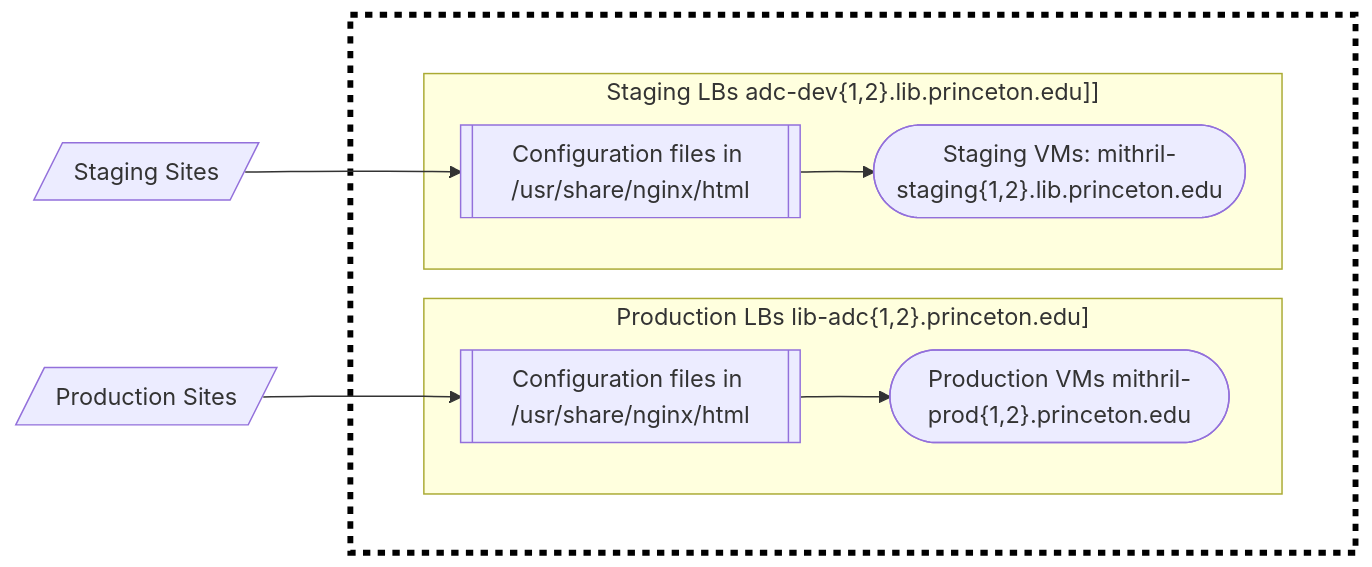
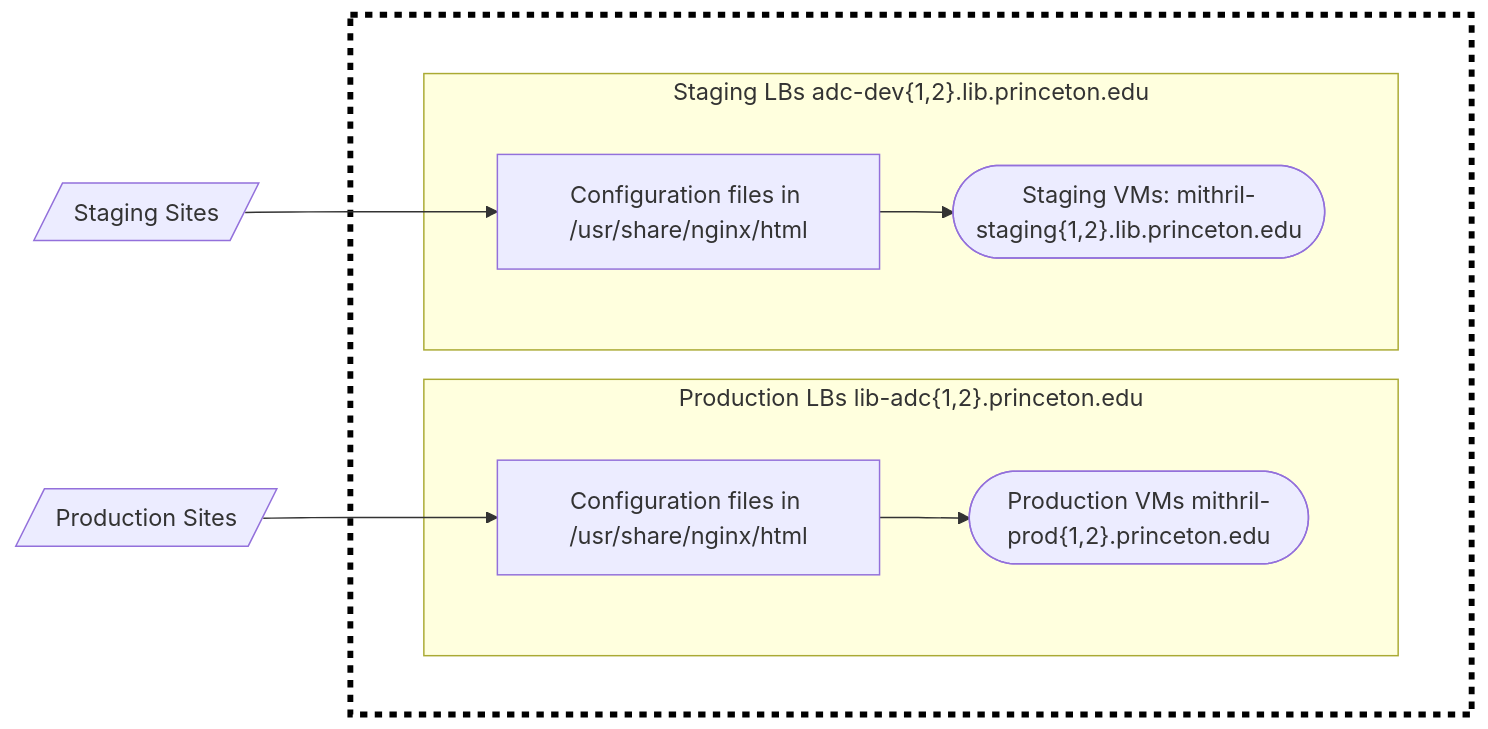
Before and after one commit to pulibrary/pul-it-handbook: the diagram in services/private_network.md, drawn with Mermaid.

Commit message:
Carolyn and the whole crew helped get mermaid working

````diff
--- a/services/private_network.md
+++ b/services/private_network.md
@@ -102,24 +102,28 @@
 ```mermaid
   graph LR;
       S31[/"Production Sites"/]-->SG1
       S33[/"Staging Sites"/]-->SG3
       subgraph project [" "]
       subgraph project_space [" "]
       style project fill:#fff,stroke:#000,stroke-width:4px,color:#000,stroke-dasharray: 5 5
       style project_space fill:#fff,stroke:#000,stroke-width:0px
 
-            subgraph "Production LBs lib-adc{1,2}.princeton.edu]"
-               SG1[["Configuration files in /usr/share/nginx/html"]]-->B(["Production VMs mithril-prod{1,2}.princeton.edu"])
+            subgraph "Production LBs lib-adc{1,2}.princeton.edu"
+               subgraph spacer1 [" "]
+               SG1["Configuration files in /usr/share/nginx/html"]-->B(["Production VMs mithril-prod{1,2}.princeton.edu"])
+               end
             end
 
-            subgraph "Staging LBs adc-dev{1,2}.lib.princeton.edu]]"
-               SG3[["Configuration files in /usr/share/nginx/html"]]-->DE(["Staging VMs: mithril-staging{1,2}.lib.princeton.edu"]);
+            subgraph "Staging LBs adc-dev{1,2}.lib.princeton.edu"
+               subgraph spacer2 [" "]
+               SG3["Configuration files in /usr/share/nginx/html"]-->DE(["Staging VMs: mithril-staging{1,2}.lib.princeton.edu"]);
+               end
             end
          
       end
    end
 
-   classDef ecclass fill:#00f,stroke:#00f,stroke-width:0px,color:#fff;
-   class EC2,EC2a,EC2b,ec2_sp,ec2a_sp,ec2b_sp ecclass;
+   classDef fillerclass fill:transparent,stroke:none,color:#fff;
+   class spacer1,spacer2 fillerclass;
 
 ```
````
